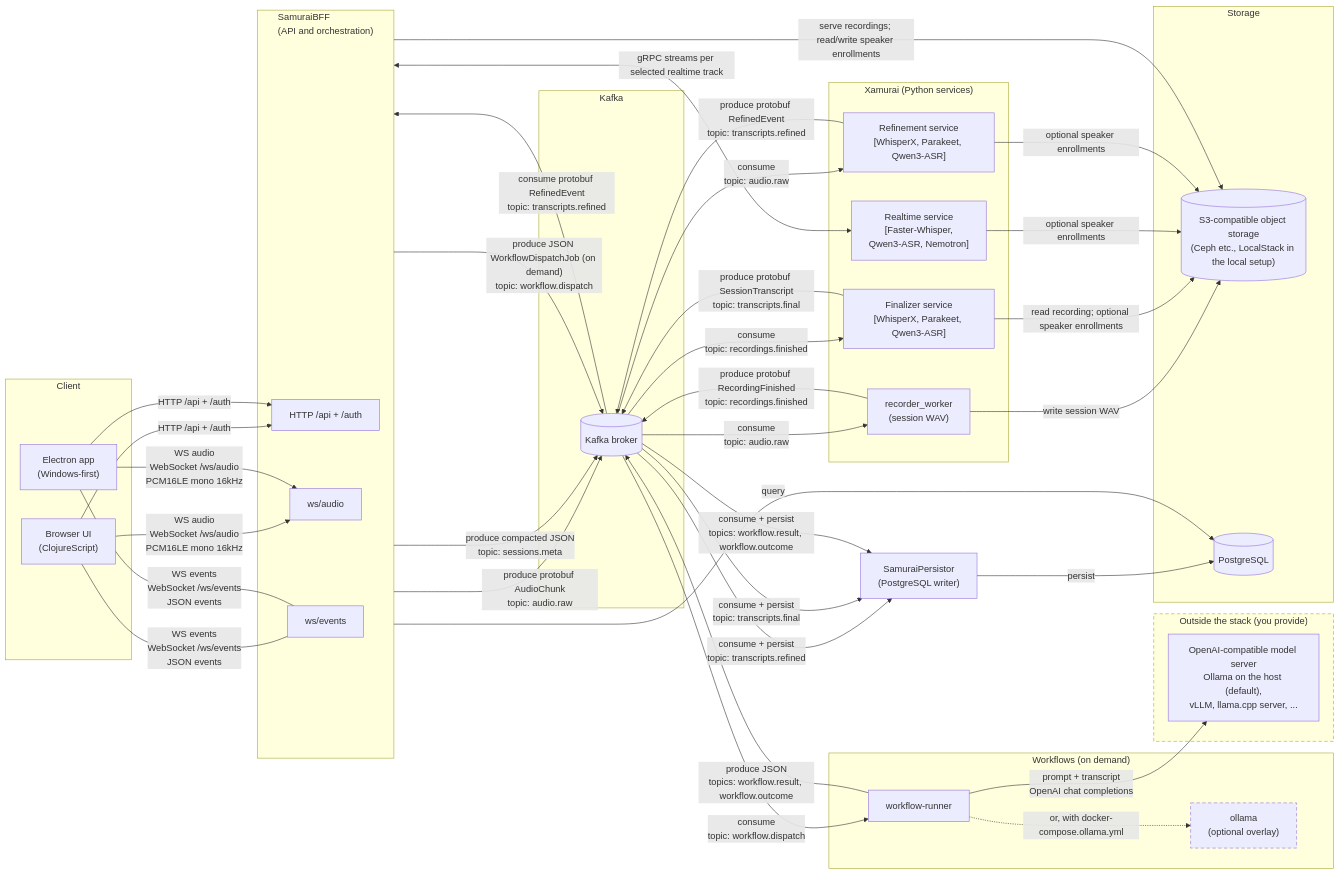
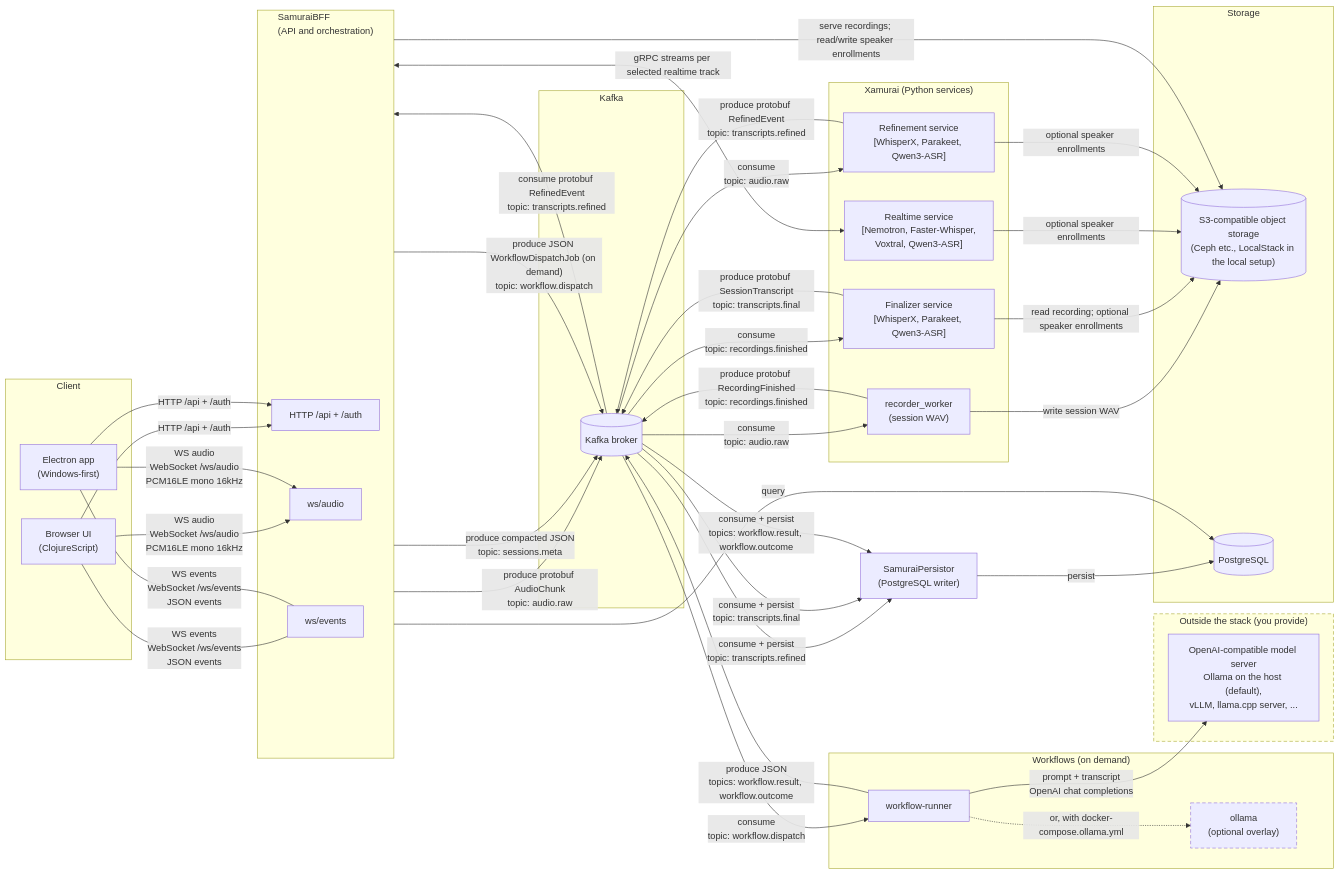
One commit to nanosamurai/nanosamurai changed the diagram in README.md. Above: the diagram before and after it, drawn with Mermaid. The commit also changed other lines of this file and 7 other files, not shown here.

Commit message:
Offer Voxtral realtime as an optional local Compose service

````diff
--- a/README.md
+++ b/README.md
@@ -61,82 +61,82 @@
 ```mermaid
 flowchart LR
     subgraph Client
         Browser["Browser UI<br/>(ClojureScript)"]
         Electron["Electron app<br/>(Windows-first)"]
     end
 
     subgraph SamuraiBFF["SamuraiBFF<br/>(API and orchestration)"]
         HTTP[HTTP /api + /auth]
         WSAudio[ws/audio]
         WSEvents[ws/events]
     end
 
     subgraph Xamurai["Xamurai (Python services)"]
-        RealtimeService["Realtime service<br/>[Faster-Whisper,<br/>Qwen3-ASR, Nemotron]"]
+        RealtimeService["Realtime service<br/>[Nemotron, Faster-Whisper,<br/>Voxtral, Qwen3-ASR]"]
         RefinementService["Refinement service<br/>[WhisperX, Parakeet, Qwen3-ASR]"]
         RecorderWorker["recorder_worker<br/>(session WAV)"]
         FinalizerService["Finalizer service<br/>[WhisperX, Parakeet, Qwen3-ASR]"]
     end
 
     subgraph Workflows["Workflows (on demand)"]
         WorkflowRunner["workflow-runner"]
         OllamaInStack["ollama<br/>(optional overlay)"]
     end
 
     subgraph External["Outside the stack (you provide)"]
         ModelServer["OpenAI-compatible model server<br/>Ollama on the host (default),<br/>vLLM, llama.cpp server, ..."]
     end
 
     Browser -->|HTTP /api + /auth| HTTP
     Browser -->|"WS audio<br/>WebSocket /ws/audio<br/>PCM16LE mono 16kHz"| WSAudio
     Browser ---|"WS events<br/>WebSocket /ws/events<br/>JSON events"| WSEvents
 
     Electron -->|HTTP /api + /auth| HTTP
     Electron -->|"WS audio<br/>WebSocket /ws/audio<br/>PCM16LE mono 16kHz"| WSAudio
     Electron ---|"WS events<br/>WebSocket /ws/events<br/>JSON events"| WSEvents
 
     SamuraiBFF <-->|"gRPC streams per selected realtime track"| RealtimeService
 
     subgraph Kafka["Kafka"]
         KafkaBroker[(Kafka broker)]
     end
 
     subgraph Storage["Storage"]
         ObjectStore[("S3-compatible object storage<br/>(Ceph etc., LocalStack in the local setup)")]
         Postgres[(PostgreSQL)]
     end
 
     SamuraiBFF -->|"produce protobuf AudioChunk<br/>topic: audio.raw"| KafkaBroker
     SamuraiBFF -->|"produce compacted JSON<br/>topic: sessions.meta"| KafkaBroker
 
     KafkaBroker -->|"consume protobuf RefinedEvent<br/>topic: transcripts.refined"| SamuraiBFF
     KafkaBroker -->|"consume<br/>topic: audio.raw"| RefinementService
     RefinementService -->|"produce protobuf RefinedEvent<br/>topic: transcripts.refined"| KafkaBroker
 
     KafkaBroker -->|"consume<br/>topic: audio.raw"| RecorderWorker
     RecorderWorker -->|"produce protobuf RecordingFinished<br/>topic: recordings.finished"| KafkaBroker
 
     KafkaBroker -->|"consume<br/>topic: recordings.finished"| FinalizerService
     FinalizerService -->|"produce protobuf SessionTranscript<br/>topic: transcripts.final"| KafkaBroker
 
     SamuraiBFF -->|"produce JSON WorkflowDispatchJob (on demand)<br/>topic: workflow.dispatch"| KafkaBroker
     KafkaBroker -->|"consume<br/>topic: workflow.dispatch"| WorkflowRunner
     WorkflowRunner -->|"prompt + transcript<br/>OpenAI chat completions"| ModelServer
     WorkflowRunner -.->|"or, with docker-compose.ollama.yml"| OllamaInStack
     WorkflowRunner -->|"produce JSON<br/>topics: workflow.result, workflow.outcome"| KafkaBroker
 
     RecorderWorker -->|"write session WAV"| ObjectStore
     FinalizerService -->|"read recording; optional speaker enrollments"| ObjectStore
     SamuraiBFF -->|"serve recordings; read/write speaker enrollments"| ObjectStore
     RealtimeService -->|"optional speaker enrollments"| ObjectStore
     RefinementService -->|"optional speaker enrollments"| ObjectStore
 
     KafkaBroker -->|"consume + persist<br/>topic: transcripts.refined"| Persistor["SamuraiPersistor<br/>(PostgreSQL writer)"]
     KafkaBroker -->|"consume + persist<br/>topic: transcripts.final"| Persistor
     KafkaBroker -->|"consume + persist<br/>topics: workflow.result, workflow.outcome"| Persistor
     Persistor -->|persist| Postgres
     SamuraiBFF -->|query| Postgres
 
     style External stroke-dasharray: 6 4
     style OllamaInStack stroke-dasharray: 6 4
 ```
````
